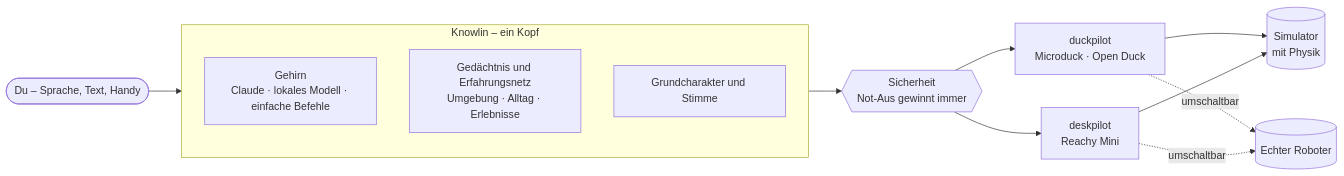
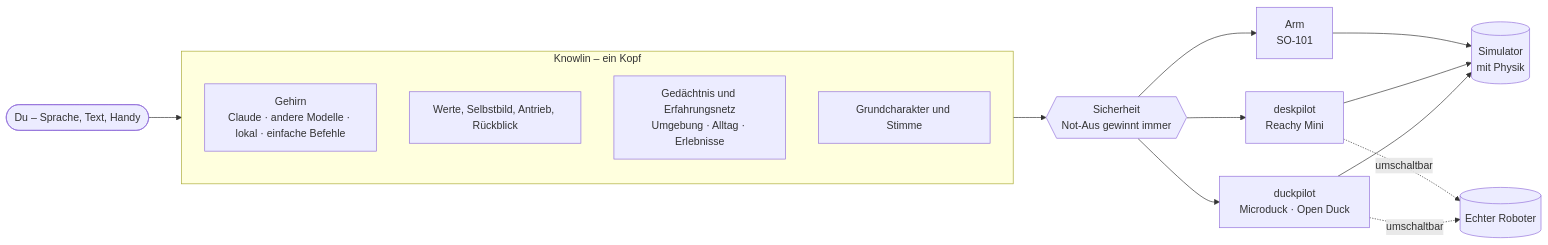
The diagram in README.md (knowlin-ai/knowlin), drawn with Mermaid before and after one commit. The commit also changed other lines of this file and 35 other files, not shown here.

````diff
--- a/README.md
+++ b/README.md
@@ -108,17 +126,20 @@
 ```mermaid
 flowchart LR
   Mensch(["Du – Sprache, Text, Handy"]) --> Kopf
   subgraph Kopf["Knowlin – ein Kopf"]
     direction TB
-    Gehirn["Gehirn<br/>Claude · lokales Modell · einfache Befehle"]
+    Gehirn["Gehirn<br/>Claude · andere Modelle · lokal · einfache Befehle"]
+    Werte["Werte, Selbstbild, Antrieb, Rückblick"]
     Wissen["Gedächtnis und Erfahrungsnetz<br/>Umgebung · Alltag · Erlebnisse"]
     Charakter["Grundcharakter und Stimme"]
   end
   Kopf --> Sicherheit{{"Sicherheit<br/>Not-Aus gewinnt immer"}}
   Sicherheit --> Q["duckpilot<br/>Microduck · Open Duck"]
   Sicherheit --> R["deskpilot<br/>Reachy Mini"]
+  Sicherheit --> A["Arm<br/>SO-101"]
   Q --> Sim[("Simulator<br/>mit Physik")]
   R --> Sim
+  A --> Sim
   Q -. "umschaltbar" .-> Echt[("Echter Roboter")]
   R -. "umschaltbar" .-> Echt
 ```
````
